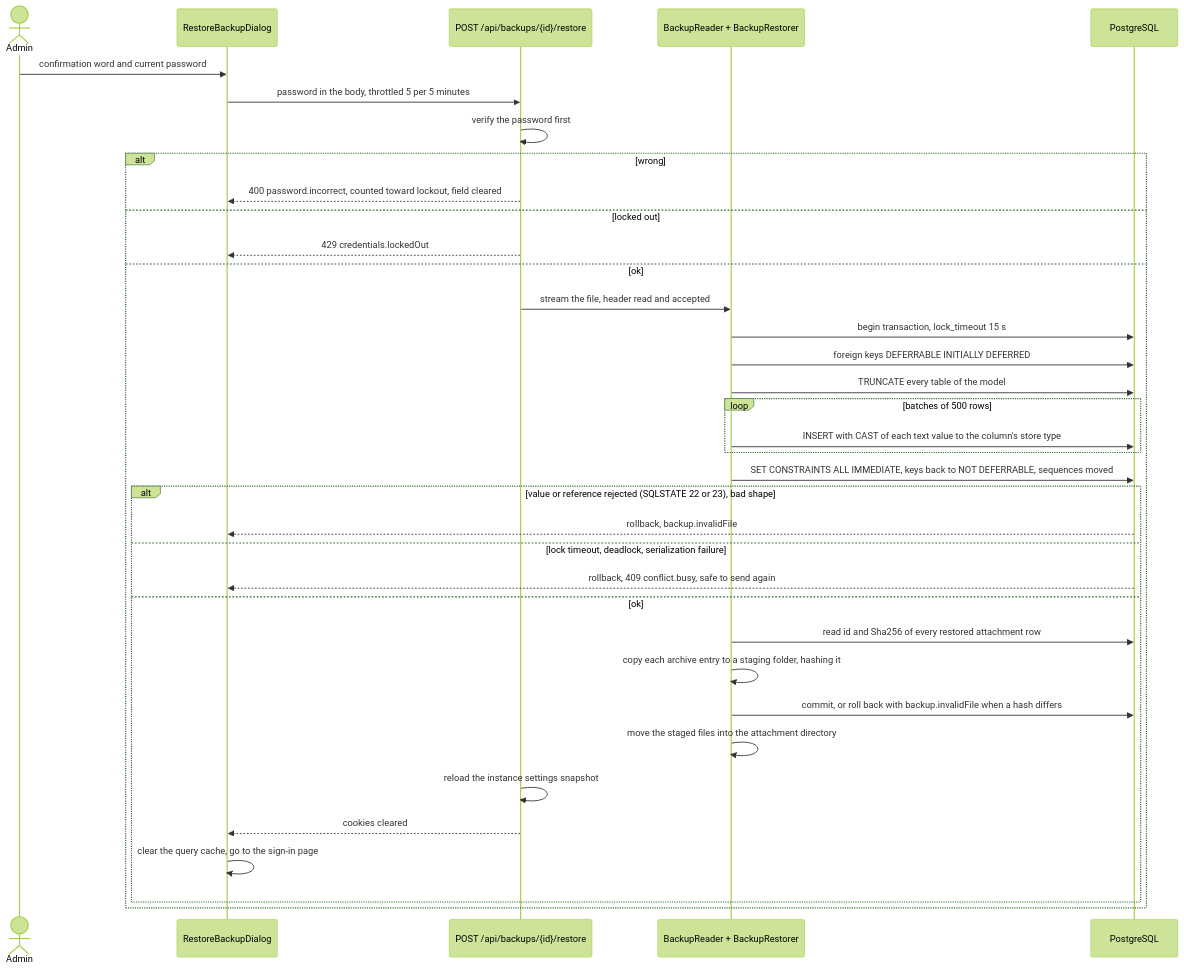
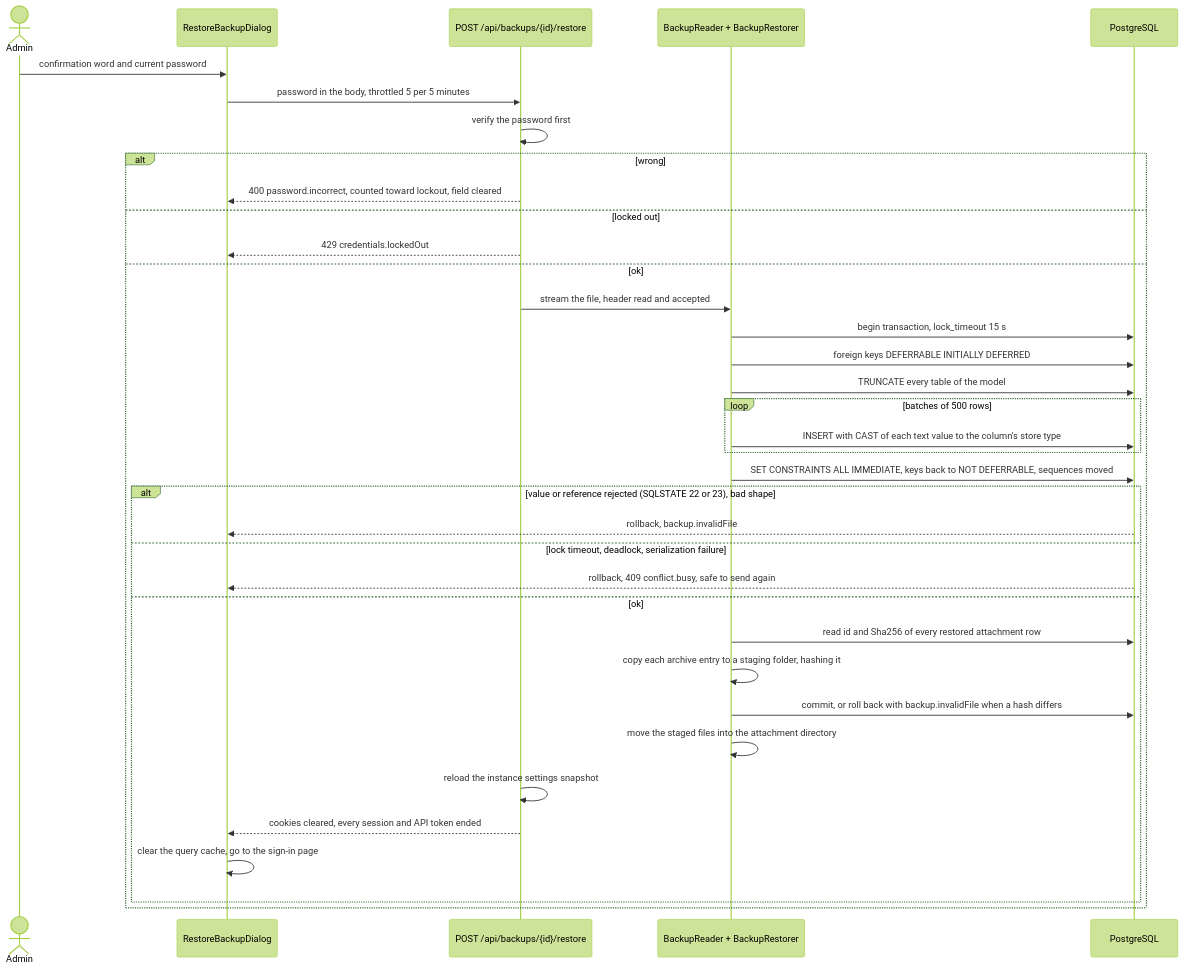
The second of 2 diagrams in docs/features/backup-and-restore.md (Justxs/Jx-Finance), drawn with Mermaid (forest theme) before and after one commit. The commit also changed other lines of this file and 369 other files, not shown here.

````diff
--- a/docs/features/backup-and-restore.md
+++ b/docs/features/backup-and-restore.md
@@ -36,38 +38,38 @@
 ```mermaid
 sequenceDiagram
     actor Admin
     participant Dlg as RestoreBackupDialog
     participant Api as POST /api/backups/{id}/restore
     participant Rd as BackupReader + BackupRestorer
     participant Db as PostgreSQL
     Admin->>Dlg: confirmation word and current password
     Dlg->>Api: password in the body, throttled 5 per 5 minutes
     Api->>Api: verify the password first
     alt wrong
         Api-->>Dlg: 400 password.incorrect, counted toward lockout, field cleared
     else locked out
         Api-->>Dlg: 429 credentials.lockedOut
     else ok
         Api->>Rd: stream the file, header read and accepted
         Rd->>Db: begin transaction, lock_timeout 15 s
         Rd->>Db: foreign keys DEFERRABLE INITIALLY DEFERRED
         Rd->>Db: TRUNCATE every table of the model
         loop batches of 500 rows
             Rd->>Db: INSERT with CAST of each text value to the column's store type
         end
         Rd->>Db: SET CONSTRAINTS ALL IMMEDIATE, keys back to NOT DEFERRABLE, sequences moved
         alt value or reference rejected (SQLSTATE 22 or 23), bad shape
             Db-->>Dlg: rollback, backup.invalidFile
         else lock timeout, deadlock, serialization failure
             Db-->>Dlg: rollback, 409 conflict.busy, safe to send again
         else ok
             Rd->>Db: read id and Sha256 of every restored attachment row
             Rd->>Rd: copy each archive entry to a staging folder, hashing it
             Rd->>Db: commit, or roll back with backup.invalidFile when a hash differs
             Rd->>Rd: move the staged files into the attachment directory
             Api->>Api: reload the instance settings snapshot
-            Api-->>Dlg: cookies cleared
+            Api-->>Dlg: cookies cleared, every session and API token ended
             Dlg->>Dlg: clear the query cache, go to the sign-in page
         end
     end
 ```
````
